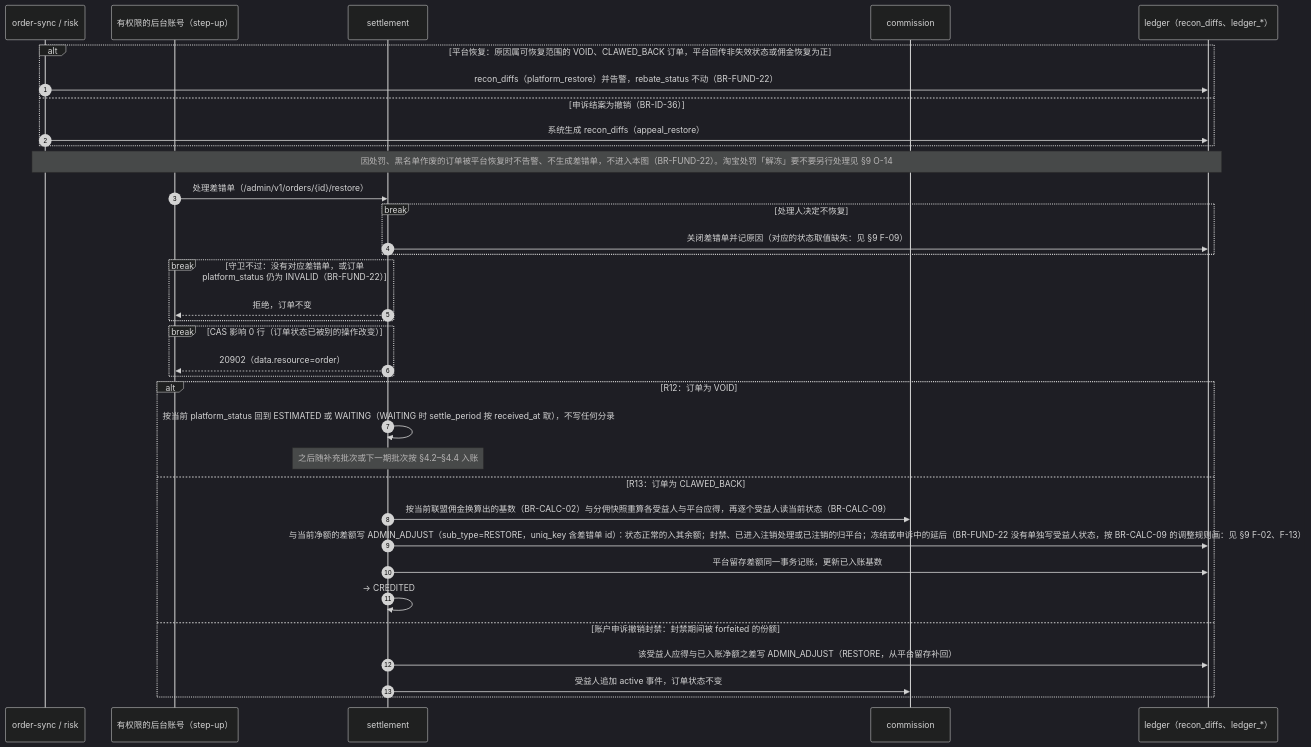
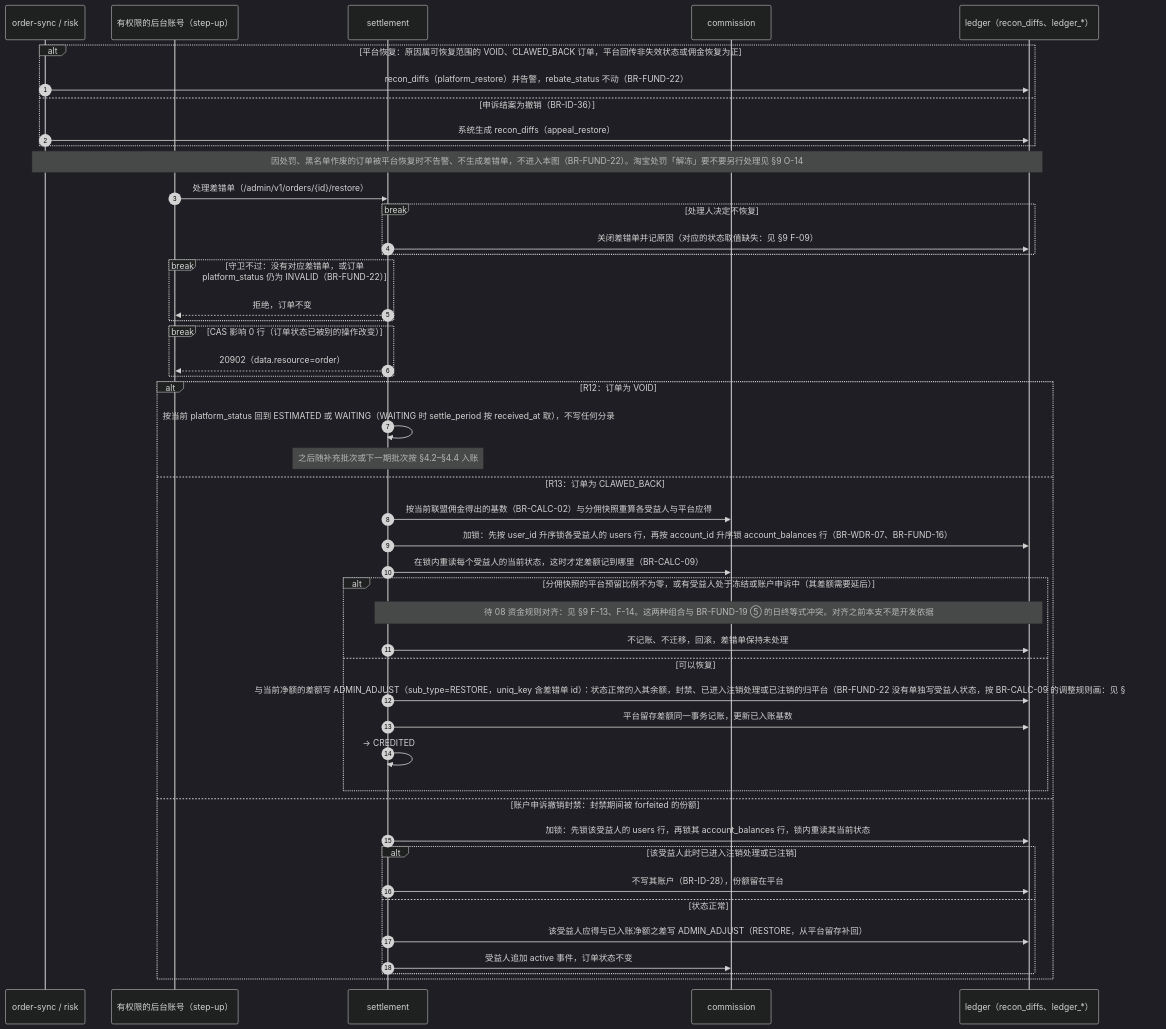
One commit to zora4523-bot/couli changed diagram 22 of 41 in 规划/12_关键流程与状态图.md. Above: the diagram before and after it, drawn with Mermaid (dark theme). The commit also changed other lines of this file, not shown here.

Commit message:
docs(12): section 4.8, the restore postings lock then re-read; deferred or non-zero-reserve restores are not executed (Codex round 3 R03, R08)
The review listed sections 4.4 to 4.7; the same rule is applied to the
manual restore so that every balance write in section 4 follows one
pattern: users rows, then balance rows, then the beneficiary state is
re-read under the locks. An R13 restore that would have to defer a frozen
beneficiary's diff, or whose snapshot has a non-zero platform reserve, is
a non-executing branch until 08 is aligned (section 9 F-13, F-14).

````diff
--- a/规划/12_关键流程与状态图.md
+++ b/规划/12_关键流程与状态图.md
@@ -1623,38 +1623,50 @@
 ```mermaid
 sequenceDiagram
   autonumber
   participant W as order-sync / risk
   participant F as 有权限的后台账号（step-up）
   participant T as settlement
   participant M as commission
   participant L as ledger（recon_diffs、ledger_*）
 
   alt 平台恢复：原因属可恢复范围的 VOID、CLAWED_BACK 订单，平台回传非失效状态或佣金恢复为正
     W->>L: recon_diffs（platform_restore）并告警，rebate_status 不动（BR-FUND-22）
   else 申诉结案为撤销（BR-ID-36）
     W->>L: 系统生成 recon_diffs（appeal_restore）
   end
   Note over W,L: 因处罚、黑名单作废的订单被平台恢复时不告警、不生成差错单，不进入本图（BR-FUND-22）。淘宝处罚「解冻」要不要另行处理见 §9 O-14
   F->>T: 处理差错单（/admin/v1/orders/{id}/restore）
   break 处理人决定不恢复
     T->>L: 关闭差错单并记原因（对应的状态取值缺失：见 §9 F-09）
   end
   break 守卫不过：没有对应差错单，或订单 platform_status 仍为 INVALID（BR-FUND-22）
     T-->>F: 拒绝，订单不变
   end
   break CAS 影响 0 行（订单状态已被别的操作改变）
     T-->>F: 20902（data.resource=order）
   end
   alt R12：订单为 VOID
     T->>T: 按当前 platform_status 回到 ESTIMATED 或 WAITING（WAITING 时 settle_period 按 received_at 取），不写任何分录
     Note over T: 之后随补充批次或下一期批次按 §4.2–§4.4 入账
   else R13：订单为 CLAWED_BACK
-    T->>M: 按当前联盟佣金换算出的基数（BR-CALC-02）与分佣快照重算各受益人与平台应得，再逐个受益人读当前状态（BR-CALC-09）
-    T->>L: 与当前净额的差额写 ADMIN_ADJUST（sub_type=RESTORE，uniq_key 含差错单 id）：状态正常的入其余额；封禁、已进入注销处理或已注销的归平台；冻结或申诉中的延后（BR-FUND-22 没有单独写受益人状态，按 BR-CALC-09 的调整规则画：见 §9 F-02、F-13）
-    T->>L: 平台留存差额同一事务记账，更新已入账基数
-    T->>T: → CREDITED
+    T->>M: 按当前联盟佣金得出的基数（BR-CALC-02）与分佣快照重算各受益人与平台应得
+    T->>L: 加锁：先按 user_id 升序锁各受益人的 users 行，再按 account_id 升序锁 account_balances 行（BR-WDR-07、BR-FUND-16）
+    T->>M: 在锁内重读每个受益人的当前状态，这时才定差额记到哪里（BR-CALC-09）
+    alt 分佣快照的平台预留比例不为零，或有受益人处于冻结或账户申诉中（其差额需要延后）
+      Note over T,L: 待 08 资金规则对齐：见 §9 F-13、F-14。这两种组合与 BR-FUND-19 ⑤ 的日终等式冲突。对齐之前本支不是开发依据
+      T->>L: 不记账、不迁移，回滚，差错单保持未处理
+    else 可以恢复
+      T->>L: 与当前净额的差额写 ADMIN_ADJUST（sub_type=RESTORE，uniq_key 含差错单 id）：状态正常的入其余额，封禁、已进入注销处理或已注销的归平台（BR-FUND-22 没有单独写受益人状态，按 BR-CALC-09 的调整规则画：见 §9 F-02）
+      T->>L: 平台留存差额同一事务记账，更新已入账基数
+      T->>T: → CREDITED
+    end
   else 账户申诉撤销封禁：封禁期间被 forfeited 的份额
-    T->>L: 该受益人应得与已入账净额之差写 ADMIN_ADJUST（RESTORE，从平台留存补回）
-    T->>M: 受益人追加 active 事件，订单状态不变
+    T->>L: 加锁：先锁该受益人的 users 行，再锁其 account_balances 行，锁内重读其当前状态
+    alt 该受益人此时已进入注销处理或已注销
+      T->>L: 不写其账户（BR-ID-28），份额留在平台
+    else 状态正常
+      T->>L: 该受益人应得与已入账净额之差写 ADMIN_ADJUST（RESTORE，从平台留存补回）
+      T->>M: 受益人追加 active 事件，订单状态不变
+    end
   end
 ```
````
